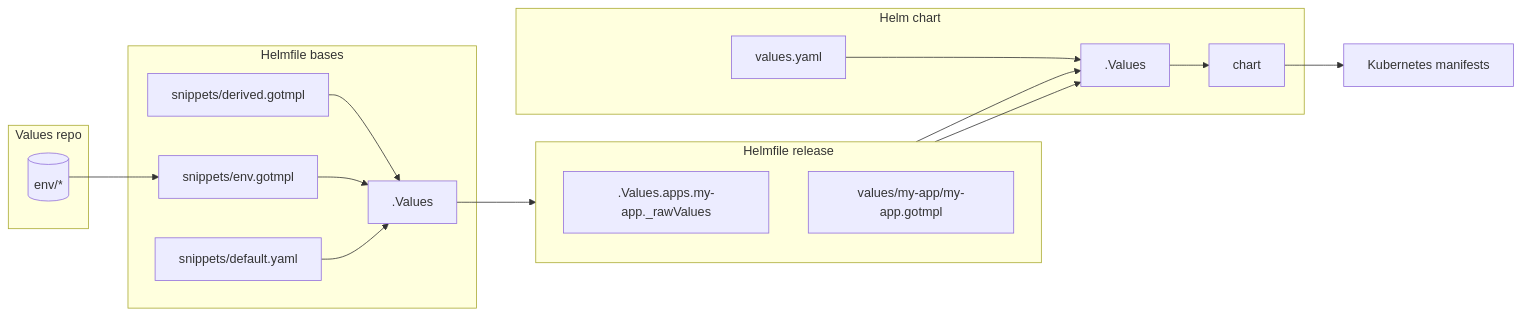
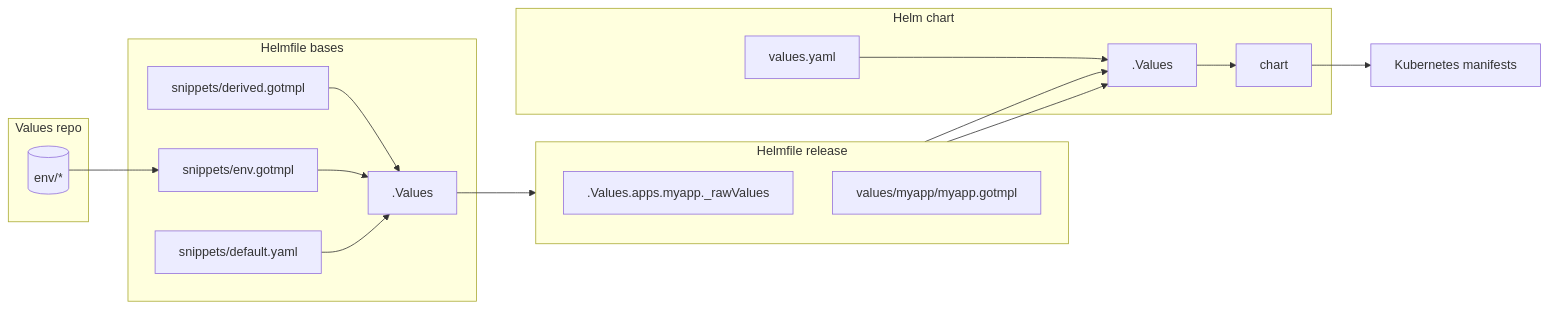
Before and after one commit to linode/apl-core: the diagram in docs/development.md, drawn with Mermaid. The commit also changed other lines of this file, not shown here.

````diff
--- a/docs/development.md
+++ b/docs/development.md
@@ -81,26 +89,24 @@
 ```mermaid
 flowchart LR
-
-
     subgraph Helm chart
         values.yaml --> V2[.Values]
         V2 --> chart
     end
     subgraph Helmfile release
         direction TB
-        .Values.apps.my-app._rawValues --> V2
-        values/my-app/my-app.gotmpl --> V2
+        .Values.apps.myapp._rawValues --> V2
+        values/myapp/myapp.gotmpl --> V2
     end
 
     subgraph Helmfile bases
         snippets/derived.gotmpl --> .Values
         snippets/env.gotmpl --> .Values
         snippets/default.yaml --> .Values
-        .Values --> values/my-app/my-app.gotmpl
+        .Values --> values/myapp/myapp.gotmpl
     end
 
     subgraph Values repo
         R[(env/*)] --> snippets/env.gotmpl
     end
     chart --> test[Kubernetes manifests]
 ```
````
